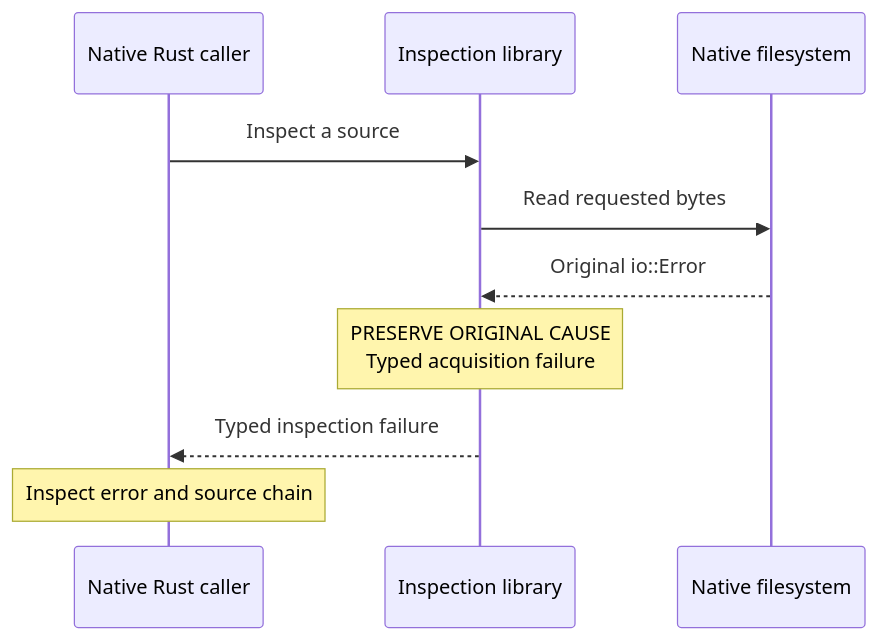
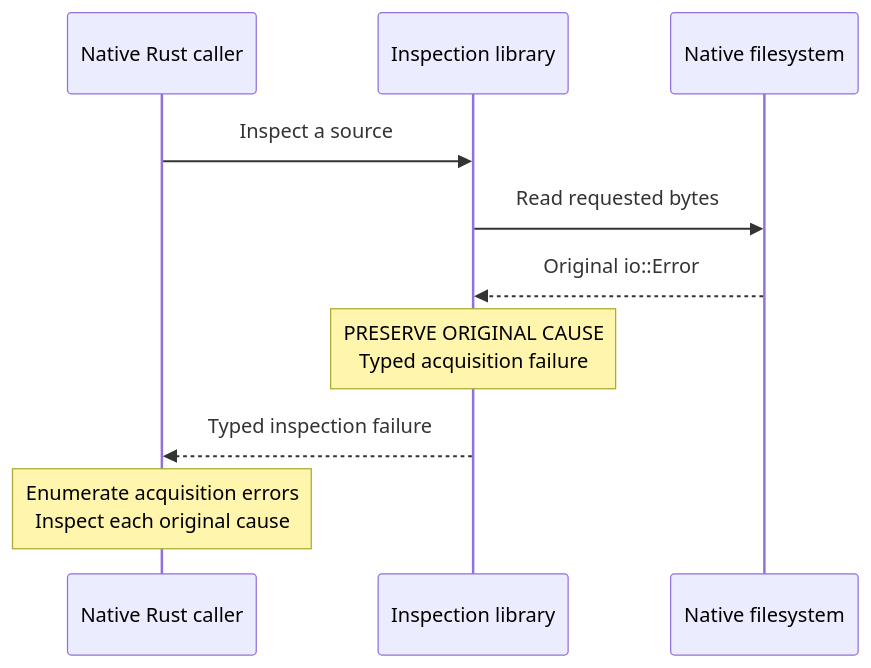
One commit to project-millipede/app-anatomy changed the fourth of 7 diagrams in docs/architecture/error-boundaries.md. Above: the diagram before and after it, drawn with Mermaid. The commit also changed other lines of this file and 6 other files, not shown here.

````diff
--- a/docs/architecture/error-boundaries.md
+++ b/docs/architecture/error-boundaries.md
@@ -238,13 +245,13 @@
 ```mermaid
 sequenceDiagram
     participant App as Native Rust caller
     participant Library as Inspection library
     participant FS as Native filesystem
 
     App->>Library: Inspect a source
     Library->>FS: Read requested bytes
     FS-->>Library: Original io::Error
     Note over Library: PRESERVE ORIGINAL CAUSE<br/>Typed acquisition failure
     Library-->>App: Typed inspection failure
-    Note over App: Inspect error and source chain
+    Note over App: Enumerate acquisition errors<br/>Inspect each original cause
 ```
````
